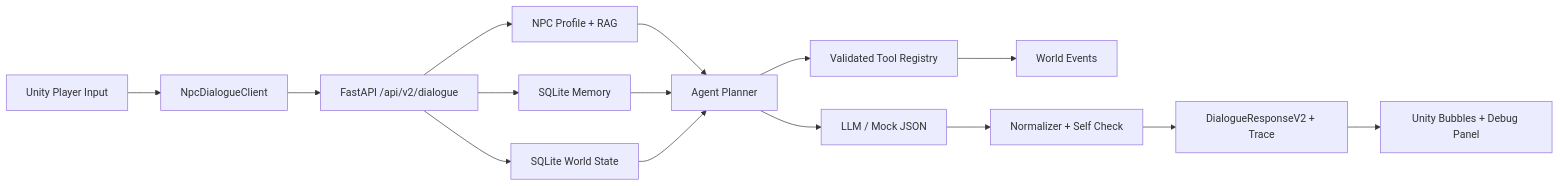
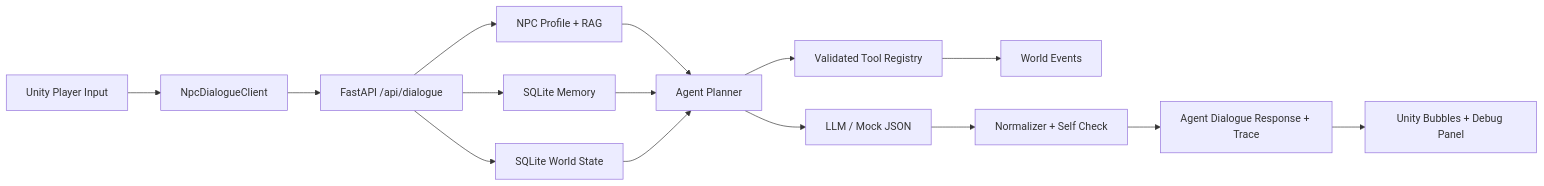
One commit to Aringarosaph/NPC_interaction_agent_demo-unity- changed the diagram in README.md. Above: the diagram before and after it, drawn with Mermaid. The commit also changed other lines of this file and 43 other files, not shown here.

Commit message:
chore: unify agent dialogue interface

````diff
--- a/README.md
+++ b/README.md
@@ -19,17 +19,17 @@
 ```mermaid
 flowchart LR
     A["Unity Player Input"] --> B["NpcDialogueClient"]
-    B --> C["FastAPI /api/v2/dialogue"]
+    B --> C["FastAPI /api/dialogue"]
     C --> D["NPC Profile + RAG"]
     C --> E["SQLite Memory"]
     C --> F["SQLite World State"]
     D --> G["Agent Planner"]
     E --> G
     F --> G
     G --> H["Validated Tool Registry"]
     H --> I["World Events"]
     G --> J["LLM / Mock JSON"]
     J --> K["Normalizer + Self Check"]
-    K --> L["DialogueResponseV2 + Trace"]
+    K --> L["Agent Dialogue Response + Trace"]
     L --> M["Unity Bubbles + Debug Panel"]
 ```
````
